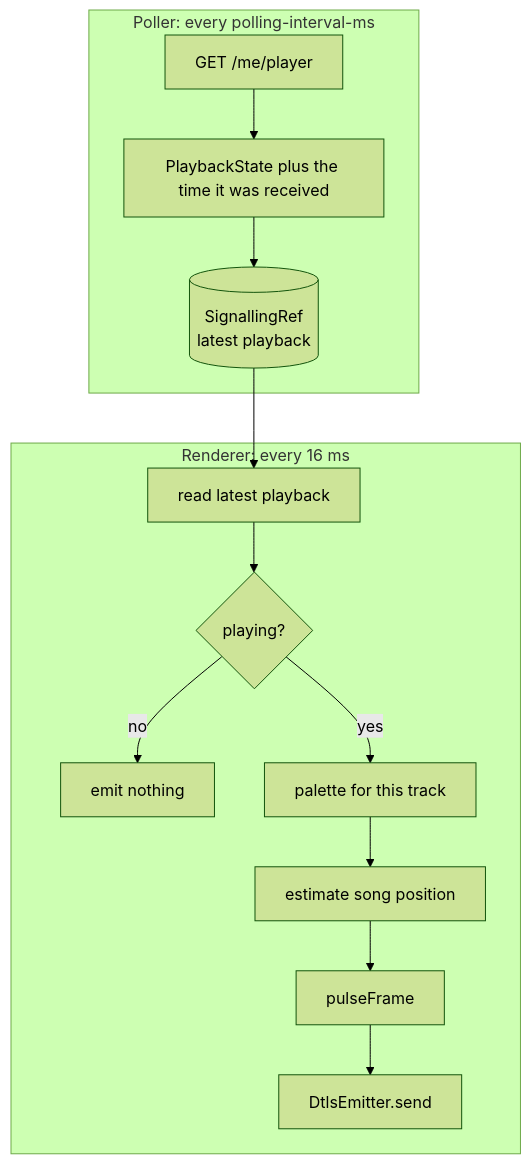
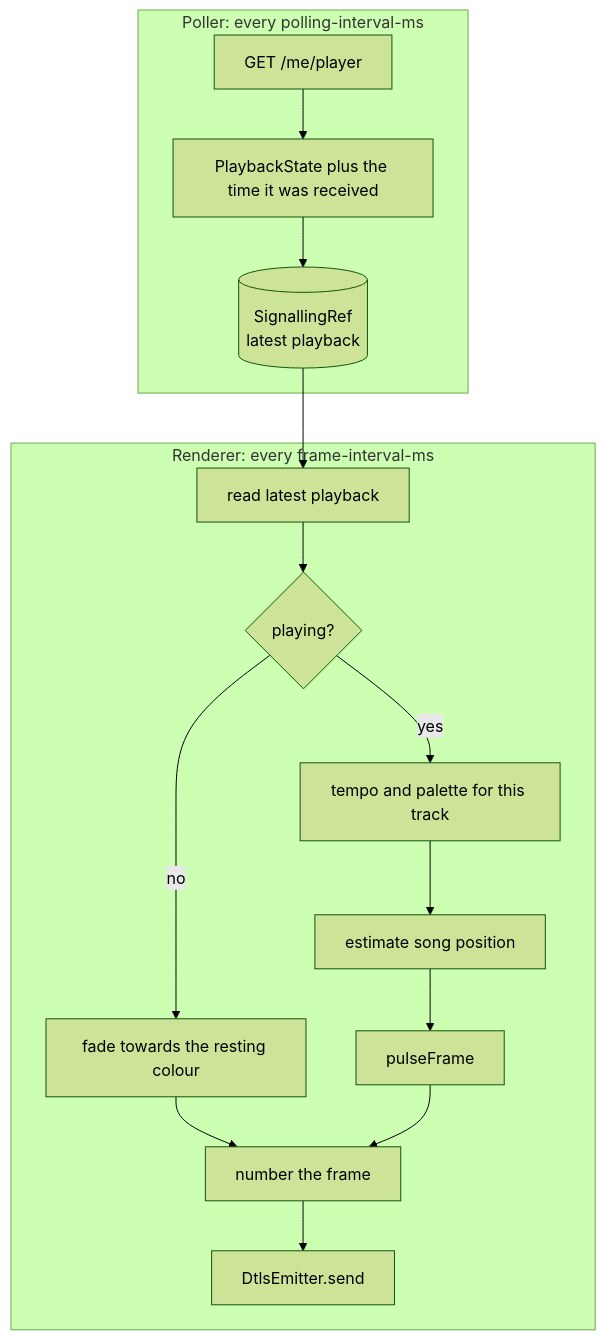
The second of 2 diagrams in docs/how-it-works.md (LorenzoPrinsloo/spotify-hue-sync), drawn with Mermaid (forest theme) before and after one commit. The commit also changed other lines of this file and 12 other files, not shown here.

````diff
--- a/docs/how-it-works.md
+++ b/docs/how-it-works.md
@@ -32,18 +32,20 @@
 ```mermaid
 flowchart TB
     subgraph Poller[Poller: every polling-interval-ms]
         P1[GET /me/player] --> P2[PlaybackState plus the time it was received]
         P2 --> P3[(SignallingRef<br/>latest playback)]
     end
 
-    subgraph Renderer[Renderer: every 16 ms]
+    subgraph Renderer[Renderer: every frame-interval-ms]
         R1[read latest playback] --> R2{playing?}
-        R2 -- no --> R3[emit nothing]
-        R2 -- yes --> R4[palette for this track]
+        R2 -- no --> R3[fade towards the resting colour]
+        R2 -- yes --> R4[tempo and palette for this track]
         R4 --> R5[estimate song position]
         R5 --> R6[pulseFrame]
-        R6 --> R7[DtlsEmitter.send]
+        R3 --> R7[number the frame]
+        R6 --> R7
+        R7 --> R8[DtlsEmitter.send]
     end
 
     P3 --> R1
 ```
````
